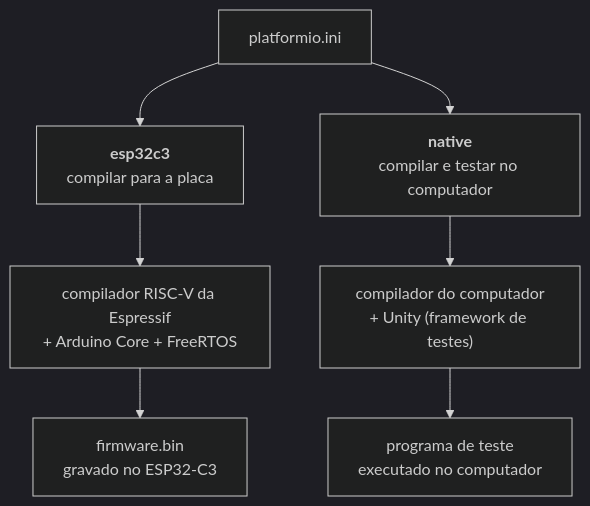
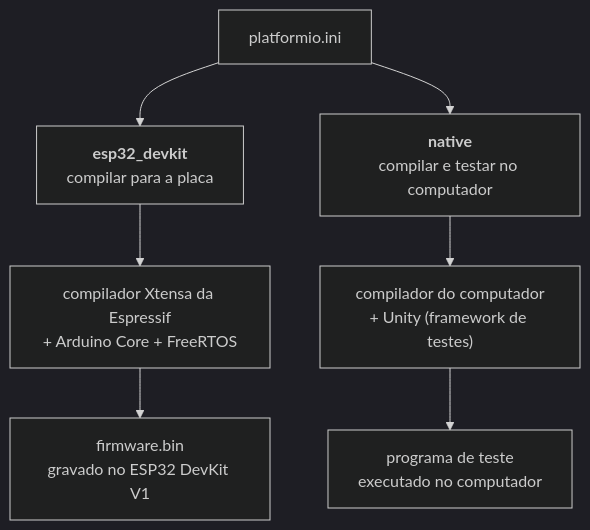
The second of 22 diagrams in docs/04-projeto-conceitual/firmware.md (fcte-pi1/2026_2_PI1_Grupo01_Hilmer), drawn with Mermaid (dark theme) before and after one commit. The commit also changed other lines of this file and 6 other files, not shown here.

Commit message:
docs(software): troca a ESP32-C3 Super Mini pelo ESP32 DevKit V1 e pelos ambientes *_devkit

````diff
--- a/docs/04-projeto-conceitual/firmware.md
+++ b/docs/04-projeto-conceitual/firmware.md
@@ -61,10 +63,10 @@
 ```mermaid
 flowchart TB
     ini["platformio.ini"]
-    ini --> placa["<b>esp32c3</b><br/>compilar para a placa"]
+    ini --> placa["<b>esp32_devkit</b><br/>compilar para a placa"]
     ini --> pc["<b>native</b><br/>compilar e testar no computador"]
-    placa --> p1["compilador RISC-V da Espressif<br/>+ Arduino Core + FreeRTOS"]
+    placa --> p1["compilador Xtensa da Espressif<br/>+ Arduino Core + FreeRTOS"]
     pc --> c1["compilador do computador<br/>+ Unity (framework de testes)"]
-    p1 --> p2["firmware.bin<br/>gravado no ESP32-C3"]
+    p1 --> p2["firmware.bin<br/>gravado no ESP32 DevKit V1"]
     c1 --> c2["programa de teste<br/>executado no computador"]
 ```
````
